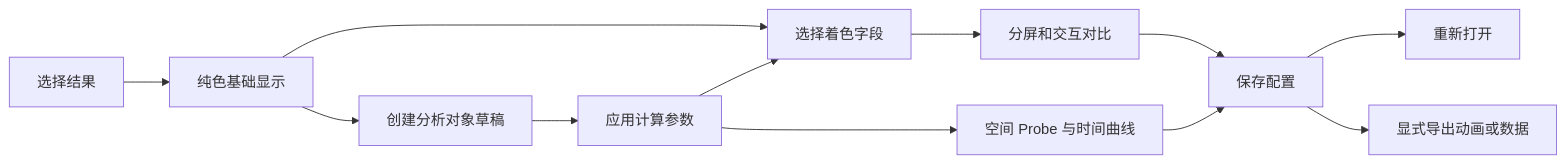
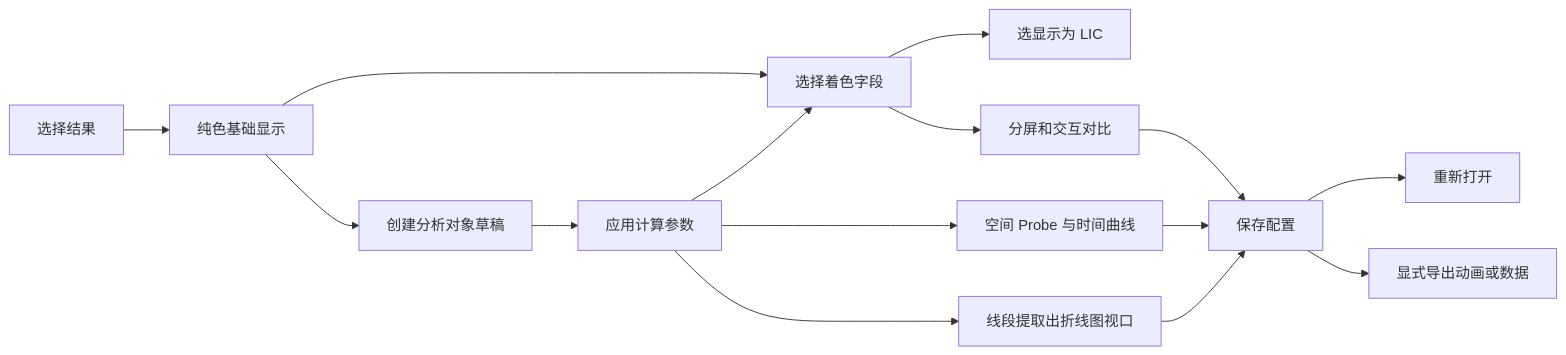
The first of 2 diagrams in packages/ai4e-viz/docs/PRD/visPhysField.md (qweaxdzsc/AI4E_dojo), drawn with Mermaid before and after one commit. The commit also changed other lines of this file and 1189 other files, not shown here.

First line of the commit message:
Snapshot the delivered architecture alignment, recipe conventions and new-model work so the local tree can be cloned or pushed.

````diff
--- a/packages/ai4e-viz/docs/PRD/visPhysField.md
+++ b/packages/ai4e-viz/docs/PRD/visPhysField.md
@@ -21,14 +21,17 @@
 ```mermaid
 flowchart LR
  A[选择结果] --> B[纯色基础显示]
  B --> C[选择着色字段]
  B --> D[创建分析对象草稿]
  D --> E[应用计算参数]
  E --> C
+ C --> K[选显示为 LIC]
  C --> F[分屏和交互对比]
  F --> G[保存配置]
  G --> H[重新打开]
  G --> I[显式导出动画或数据]
  E --> J[空间 Probe 与时间曲线]
+ E --> L[线段提取出折线图视口]
  J --> G
+ L --> G
 ```
````
